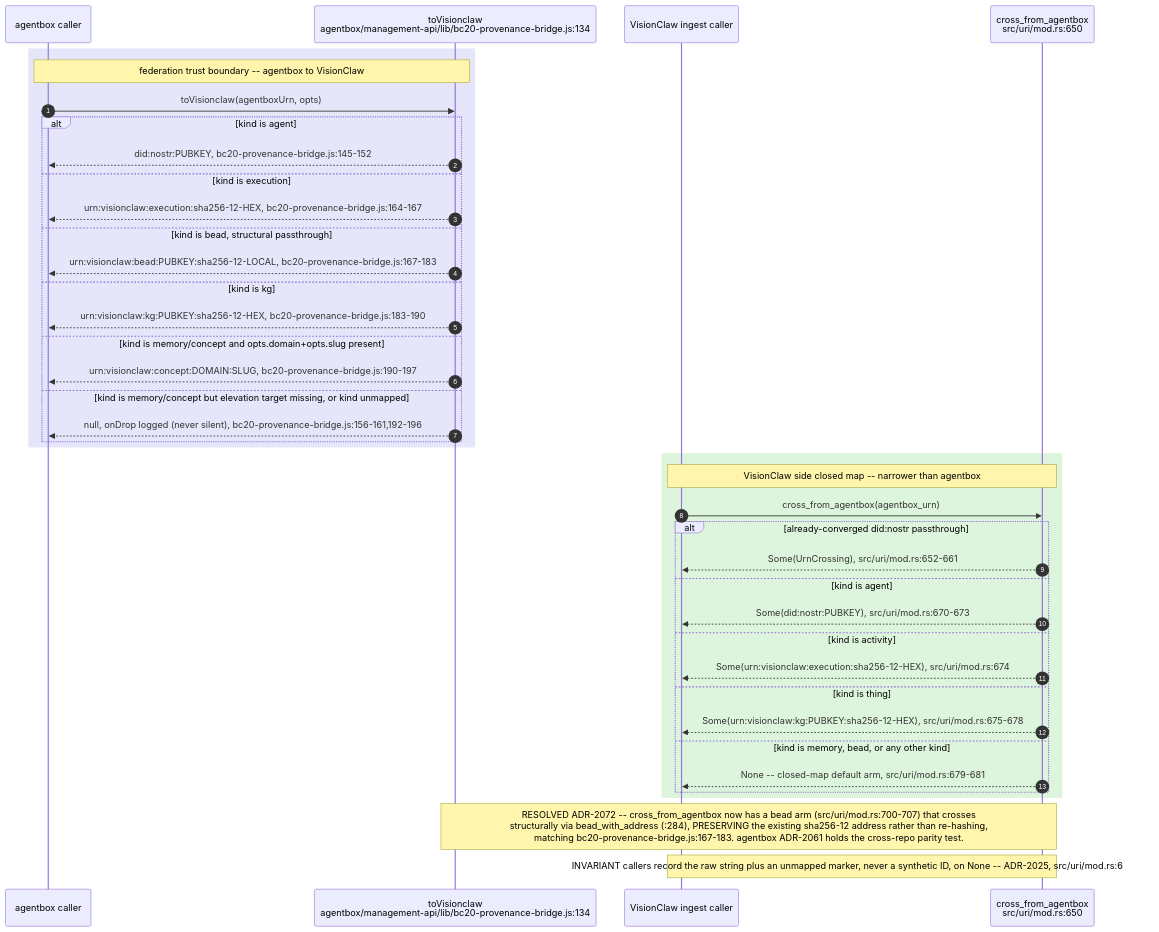
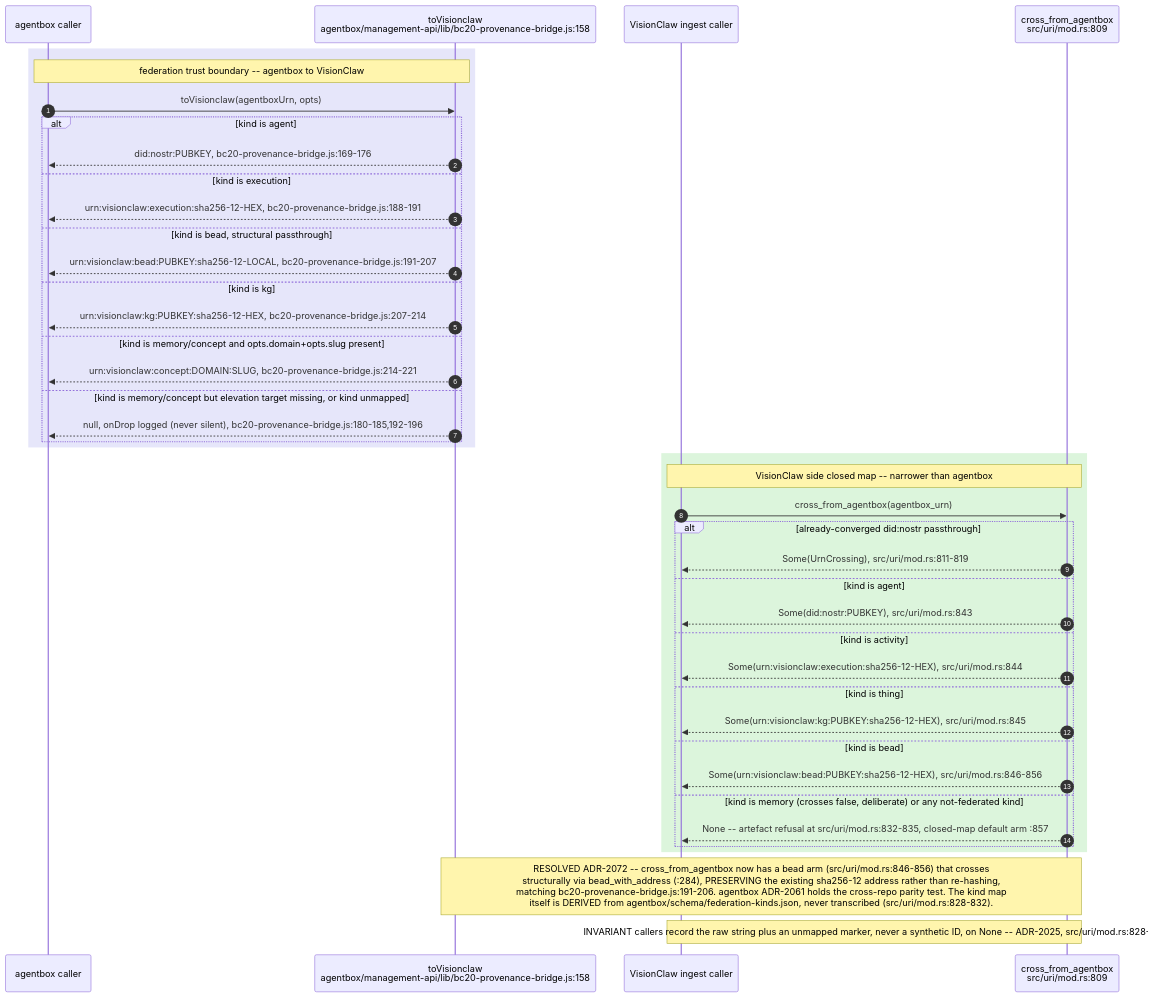
One commit to DreamLab-AI/AR-AI-Knowledge-Graph changed the sixth of 10 diagrams in docs/diagrams/visionclaw/23-identifiers-urn-did-sha12.md. Above: the diagram before and after it, drawn with Mermaid. The commit also changed other lines of this file and 73 other files, not shown here.

First line of the commit message:
docs(diagrams): re-verify all 71 topic files against HEAD; add --cite-check

````diff
--- a/docs/diagrams/visionclaw/23-identifiers-urn-did-sha12.md
+++ b/docs/diagrams/visionclaw/23-identifiers-urn-did-sha12.md
@@ -227,42 +227,44 @@
 ```mermaid
 sequenceDiagram
     autonumber
     participant CallerAB as agentbox caller
-    participant JS as toVisionclaw<br/>agentbox/management-api/lib/bc20-provenance-bridge.js:134
+    participant JS as toVisionclaw<br/>agentbox/management-api/lib/bc20-provenance-bridge.js:158
     participant CallerVC as VisionClaw ingest caller
-    participant RS as cross_from_agentbox<br/>src/uri/mod.rs:650
+    participant RS as cross_from_agentbox<br/>src/uri/mod.rs:809
     rect rgb(230,230,250)
     Note over CallerAB,JS: federation trust boundary -- agentbox to VisionClaw
     CallerAB->>JS: toVisionclaw(agentboxUrn, opts)
     alt kind is agent
-        JS-->>CallerAB: did:nostr:PUBKEY, bc20-provenance-bridge.js:145-152
+        JS-->>CallerAB: did:nostr:PUBKEY, bc20-provenance-bridge.js:169-176
     else kind is execution
-        JS-->>CallerAB: urn:visionclaw:execution:sha256-12-HEX, bc20-provenance-bridge.js:164-167
+        JS-->>CallerAB: urn:visionclaw:execution:sha256-12-HEX, bc20-provenance-bridge.js:188-191
     else kind is bead, structural passthrough
-        JS-->>CallerAB: urn:visionclaw:bead:PUBKEY:sha256-12-LOCAL, bc20-provenance-bridge.js:167-183
+        JS-->>CallerAB: urn:visionclaw:bead:PUBKEY:sha256-12-LOCAL, bc20-provenance-bridge.js:191-207
     else kind is kg
-        JS-->>CallerAB: urn:visionclaw:kg:PUBKEY:sha256-12-HEX, bc20-provenance-bridge.js:183-190
+        JS-->>CallerAB: urn:visionclaw:kg:PUBKEY:sha256-12-HEX, bc20-provenance-bridge.js:207-214
     else kind is memory/concept and opts.domain+opts.slug present
-        JS-->>CallerAB: urn:visionclaw:concept:DOMAIN:SLUG, bc20-provenance-bridge.js:190-197
+        JS-->>CallerAB: urn:visionclaw:concept:DOMAIN:SLUG, bc20-provenance-bridge.js:214-221
     else kind is memory/concept but elevation target missing, or kind unmapped
-        JS-->>CallerAB: null, onDrop logged (never silent), bc20-provenance-bridge.js:156-161,192-196
+        JS-->>CallerAB: null, onDrop logged (never silent), bc20-provenance-bridge.js:180-185,192-196
     end
     end
     rect rgb(220,245,220)
     Note over CallerVC,RS: VisionClaw side closed map -- narrower than agentbox
     CallerVC->>RS: cross_from_agentbox(agentbox_urn)
     alt already-converged did:nostr passthrough
-        RS-->>CallerVC: Some(UrnCrossing), src/uri/mod.rs:652-661
+        RS-->>CallerVC: Some(UrnCrossing), src/uri/mod.rs:811-819
     else kind is agent
-        RS-->>CallerVC: Some(did:nostr:PUBKEY), src/uri/mod.rs:670-673
+        RS-->>CallerVC: Some(did:nostr:PUBKEY), src/uri/mod.rs:843
     else kind is activity
-        RS-->>CallerVC: Some(urn:visionclaw:execution:sha256-12-HEX), src/uri/mod.rs:674
+        RS-->>CallerVC: Some(urn:visionclaw:execution:sha256-12-HEX), src/uri/mod.rs:844
     else kind is thing
-        RS-->>CallerVC: Some(urn:visionclaw:kg:PUBKEY:sha256-12-HEX), src/uri/mod.rs:675-678
-    else kind is memory, bead, or any other kind
-        RS-->>CallerVC: None -- closed-map default arm, src/uri/mod.rs:679-681
+        RS-->>CallerVC: Some(urn:visionclaw:kg:PUBKEY:sha256-12-HEX), src/uri/mod.rs:845
+    else kind is bead
+        RS-->>CallerVC: Some(urn:visionclaw:bead:PUBKEY:sha256-12-HEX), src/uri/mod.rs:846-856
+    else kind is memory (crosses false, deliberate) or any not-federated kind
+        RS-->>CallerVC: None -- artefact refusal at src/uri/mod.rs:832-835, closed-map default arm :857
     end
     end
-    Note over JS,RS: RESOLVED ADR-2072 -- cross_from_agentbox now has a bead arm (src/uri/mod.rs:700-707) that crosses<br/>structurally via bead_with_address (:284), PRESERVING the existing sha256-12 address rather than re-hashing,<br/>matching bc20-provenance-bridge.js:167-183. agentbox ADR-2061 holds the cross-repo parity test.
-    Note over CallerVC,RS: INVARIANT callers record the raw string plus an unmapped marker, never a synthetic ID, on None -- ADR-2025, src/uri/mod.rs:679-681
+    Note over JS,RS: RESOLVED ADR-2072 -- cross_from_agentbox now has a bead arm (src/uri/mod.rs:846-856) that crosses<br/>structurally via bead_with_address (:284), PRESERVING the existing sha256-12 address rather than re-hashing,<br/>matching bc20-provenance-bridge.js:191-206. agentbox ADR-2061 holds the cross-repo parity test. The kind map<br/>itself is DERIVED from agentbox/schema/federation-kinds.json, never transcribed (src/uri/mod.rs:828-832).
+    Note over CallerVC,RS: INVARIANT callers record the raw string plus an unmapped marker, never a synthetic ID, on None -- ADR-2025, src/uri/mod.rs:828-831
 ```
````
